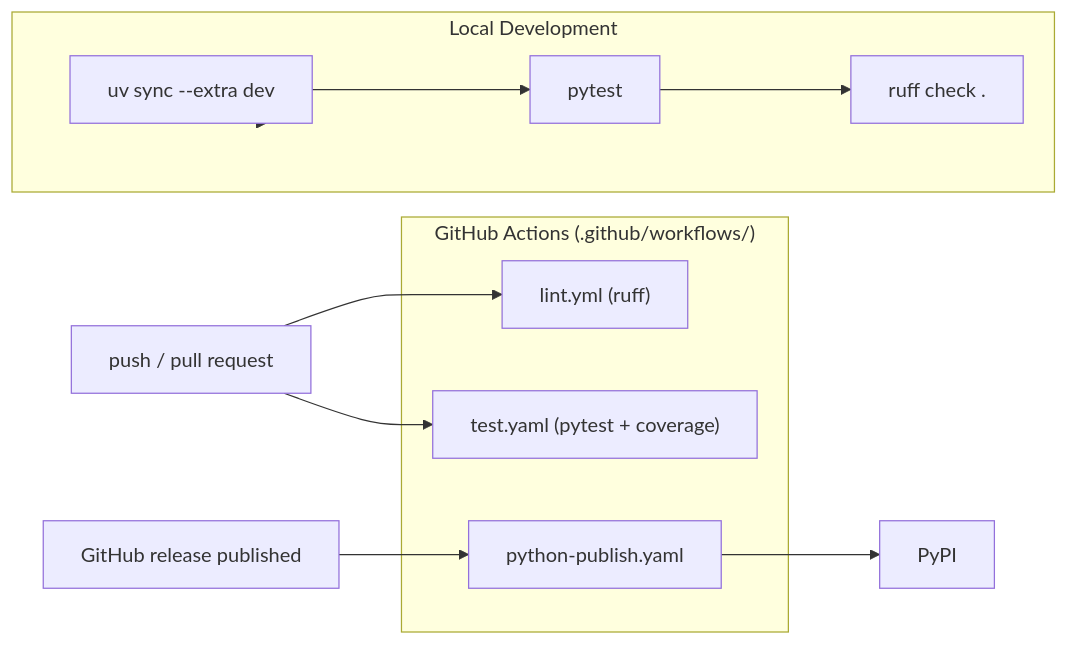
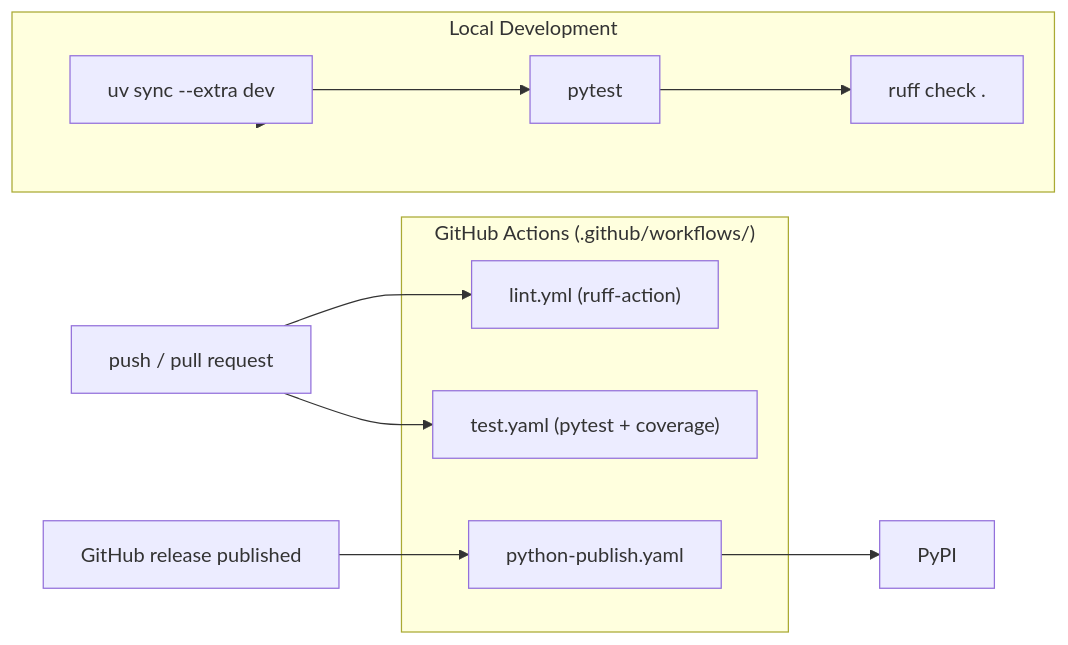
Before and after one commit to hype8912/dominion-sc-power: the first of 2 diagrams in docs/architecture/05-deployment.md, drawn with Mermaid. The commit also changed other lines of this file and 9 other files, not shown here.

````diff
--- a/docs/architecture/05-deployment.md
+++ b/docs/architecture/05-deployment.md
@@ -13,20 +13,20 @@
 ```mermaid
 flowchart LR
     subgraph CI["GitHub Actions (.github/workflows/)"]
-        Lint["lint.yml (ruff)"]
+        Lint["lint.yml (ruff-action)"]
         Test["test.yaml (pytest + coverage)"]
         Publish["python-publish.yaml"]
     end
 
     subgraph Dev["Local Development"]
         UV["uv sync --extra dev"]
         Pytest["pytest"]
         Ruff["ruff check ."]
     end
 
     Push["push / pull request"] --> Lint
     Push --> Test
     Release["GitHub release published"] --> Publish --> PyPI["PyPI"]
 
     Dev --> UV --> Pytest --> Ruff
 ```
````
